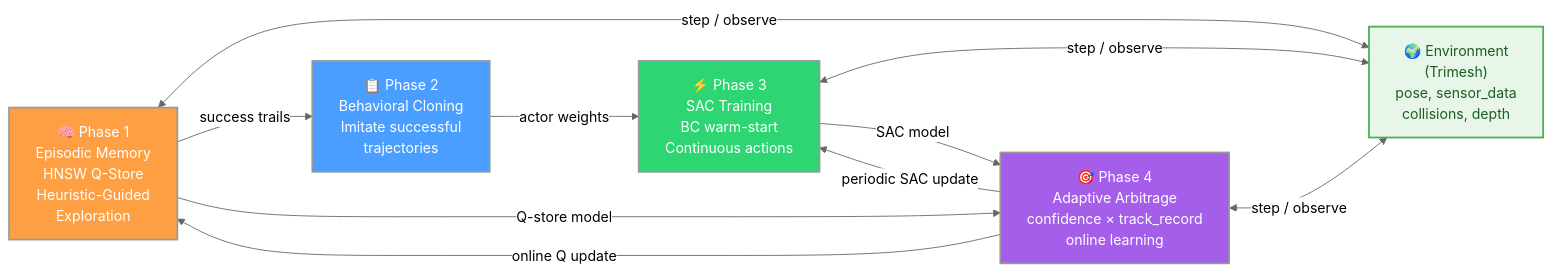
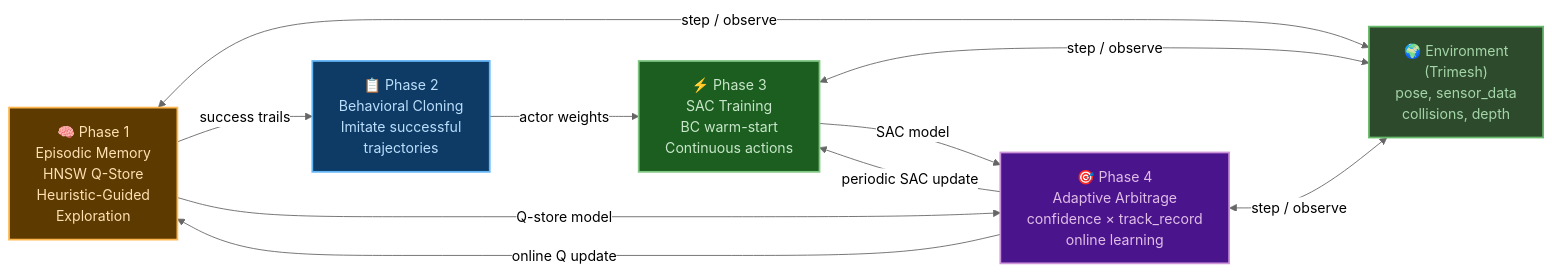
The first of 2 diagrams in README.md (h555yand/hybrid_RL_prototype), drawn with Mermaid (neutral theme) before and after one commit. The commit also changed other lines of this file, not shown here.

````diff
--- a/README.md
+++ b/README.md
@@ -73,27 +73,27 @@
 ```mermaid
 flowchart LR
     ENV["🌍 Environment\n(Trimesh)\npose, sensor_data\ncollisions, depth"]
 
     A["🧠 Phase 1\nEpisodic Memory\nHNSW Q-Store\nHeuristic-Guided\nExploration"]
     B["📋 Phase 2\nBehavioral Cloning\nImitate successful\ntrajectories"]
     C["⚡ Phase 3\nSAC Training\nBC warm-start\nContinuous actions"]
     D["🎯 Phase 4\nAdaptive Arbitrage\nconfidence × track_record\nonline learning"]
 
     A <-->|"step / observe"| ENV
     C <-->|"step / observe"| ENV
     D <-->|"step / observe"| ENV
 
     A -->|"success trails"| B
     B -->|"actor weights"| C
     A -->|"Q-store model"| D
     C -->|"SAC model"| D
 
     D -->|"online Q update"| A
     D -->|"periodic SAC update"| C
 
-    style ENV fill:#e8f5e9,stroke:#4caf50,stroke-width:2px,color:#1b5e20
-    style A fill:#ff9f43,color:#fff,stroke-width:2px
-    style B fill:#4a9eff,color:#fff,stroke-width:2px
-    style C fill:#2ed573,color:#fff,stroke-width:2px
-    style D fill:#a55eea,color:#fff,stroke-width:2px
+    style ENV fill:#2d4a2d,stroke:#66bb6a,stroke-width:2px,color:#a5d6a7
+    style A fill:#5c3a00,stroke:#ffb74d,stroke-width:2px,color:#ffe0b2
+    style B fill:#0d3b66,stroke:#64b5f6,stroke-width:2px,color:#bbdefb
+    style C fill:#1b5e20,stroke:#81c784,stroke-width:2px,color:#c8e6c9
+    style D fill:#4a148c,stroke:#ce93d8,stroke-width:2px,color:#e1bee7
 ```
````
